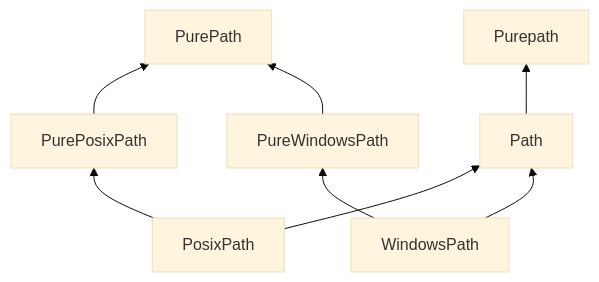
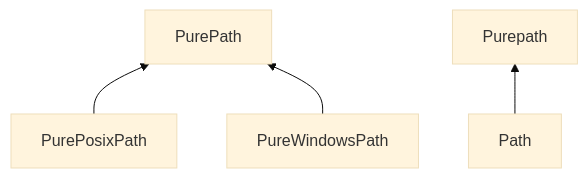
The diagram in README.md (rewgs/go-pathlib), drawn with Mermaid (base theme) before and after one commit.

Commit message:
Updated README.md (note: this is an automated commit message).

````diff
--- a/README.md
+++ b/README.md
@@ -17,10 +17,6 @@
 ```mermaid
 graph BT;
-    Path --> Purepath;
     PurePosixPath --> PurePath;
     PureWindowsPath --> PurePath;
-    PosixPath --> PurePosixPath;
-    PosixPath --> Path;
-    WindowsPath --> PureWindowsPath;
-    WindowsPath --> Path;
+    Path --> Purepath;
 ```
````
